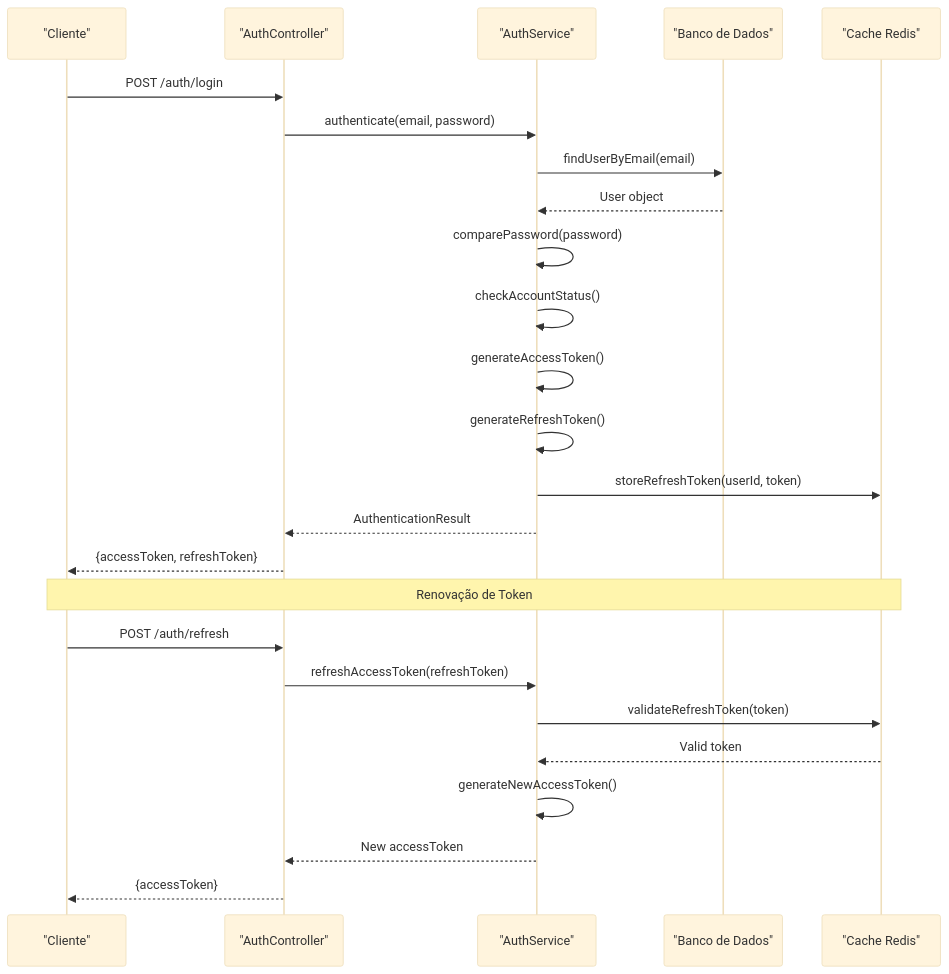
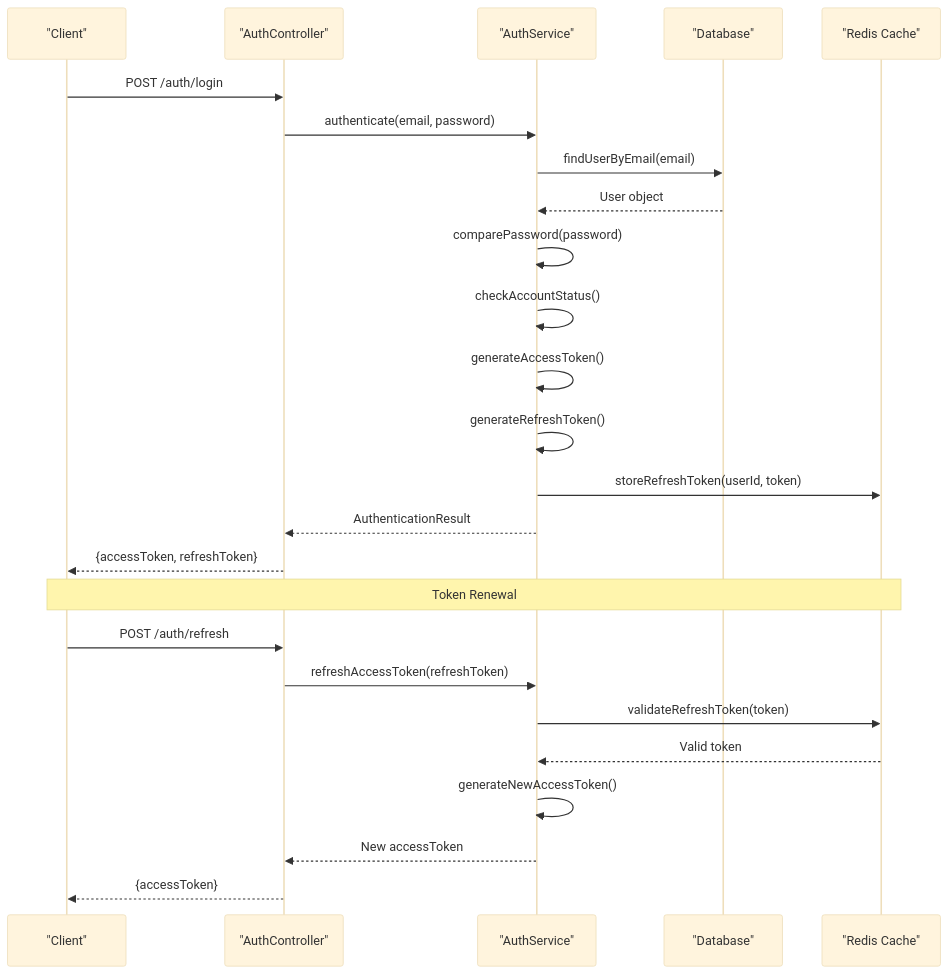
The third of 10 diagrams in .qoder/repowiki/en/content/Segurança e Autenticação.md (RobertRuas/windlog), drawn with Mermaid (base theme) before and after one commit. The commit also changed other lines of this file and 136 other files, not shown here.

````diff
--- a/.qoder/repowiki/en/content/Segurança e Autenticação.md
+++ b/.qoder/repowiki/en/content/Segurança e Autenticação.md
@@ -123,27 +133,27 @@
 ```mermaid
 sequenceDiagram
-participant Client as "Cliente"
+participant Client as "Client"
 participant AuthController as "AuthController"
 participant AuthService as "AuthService"
-participant Database as "Banco de Dados"
-participant Cache as "Cache Redis"
+participant Database as "Database"
+participant Cache as "Redis Cache"
 Client->>AuthController : POST /auth/login
 AuthController->>AuthService : authenticate(email, password)
 AuthService->>Database : findUserByEmail(email)
 Database-->>AuthService : User object
 AuthService->>AuthService : comparePassword(password)
 AuthService->>AuthService : checkAccountStatus()
 AuthService->>AuthService : generateAccessToken()
 AuthService->>AuthService : generateRefreshToken()
 AuthService->>Cache : storeRefreshToken(userId, token)
 AuthService-->>AuthController : AuthenticationResult
 AuthController-->>Client : {accessToken, refreshToken}
-Note over Client,Cache : Renovação de Token
+Note over Client,Cache : Token Renewal
 Client->>AuthController : POST /auth/refresh
 AuthController->>AuthService : refreshAccessToken(refreshToken)
 AuthService->>Cache : validateRefreshToken(token)
 Cache-->>AuthService : Valid token
 AuthService->>AuthService : generateNewAccessToken()
 AuthService-->>AuthController : New accessToken
 AuthController-->>Client : {accessToken}
 ```
````
